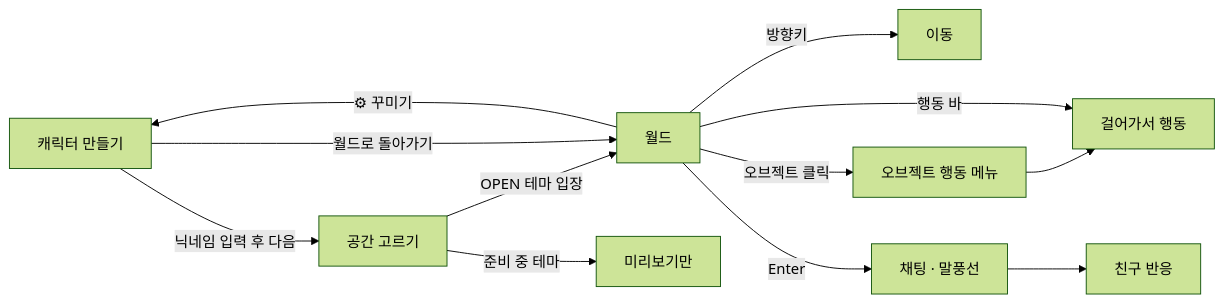
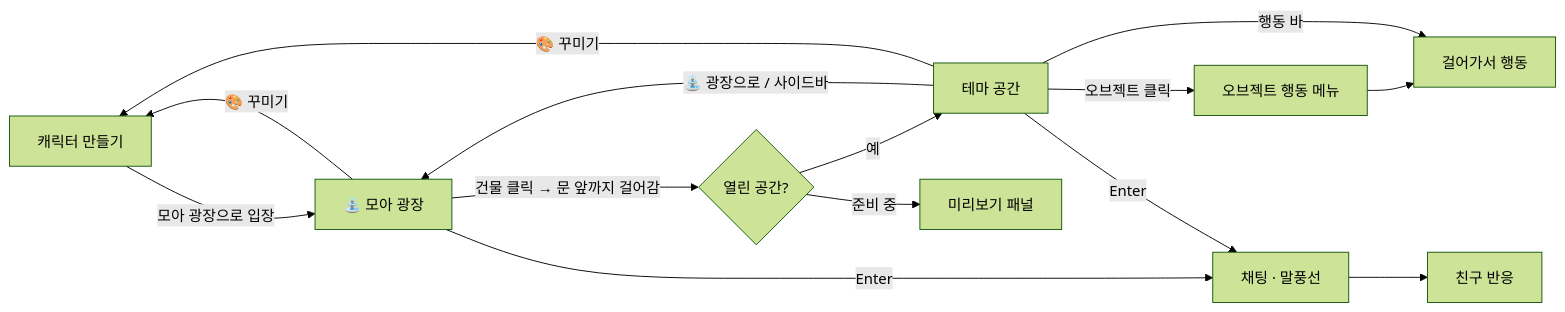
Before and after one commit to bbnayo23/MOA: the diagram in README.md, drawn with Mermaid (forest theme). The commit also changed other lines of this file and 16 other files, not shown here.

````diff
--- a/README.md
+++ b/README.md
@@ -32,11 +33,12 @@
 ```mermaid
 flowchart LR
-  A[캐릭터 만들기] -->|닉네임 입력 후 다음| B[공간 고르기]
-  B -->|OPEN 테마 입장| C[월드]
-  B -->|준비 중 테마| B2[미리보기만]
-  C -->|방향키| C1[이동]
-  C -->|오브젝트 클릭| C2[오브젝트 행동 메뉴] --> C3[걸어가서 행동]
-  C -->|행동 바| C3
-  C -->|Enter| C4[채팅 · 말풍선] --> C5[친구 반응]
-  C -->|⚙ 꾸미기| A -->|월드로 돌아가기| C
+  A[캐릭터 만들기] -->|모아 광장으로 입장| H[⛲ 모아 광장]
+  H -->|건물 클릭 → 문 앞까지 걸어감| D{열린 공간?}
+  D -->|예| T[테마 공간]
+  D -->|준비 중| P[미리보기 패널]
+  T -->|⛲ 광장으로 / 사이드바| H
+  T -->|오브젝트 클릭| M[오브젝트 행동 메뉴] --> X[걸어가서 행동]
+  T -->|행동 바| X
+  H & T -->|Enter| C[채팅 · 말풍선] --> R[친구 반응]
+  H & T -->|🎨 꾸미기| A
 ```
````
